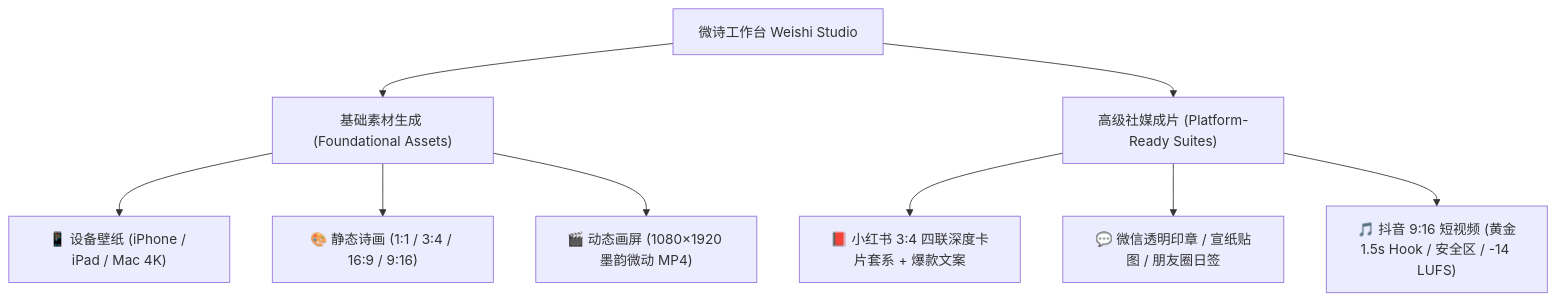
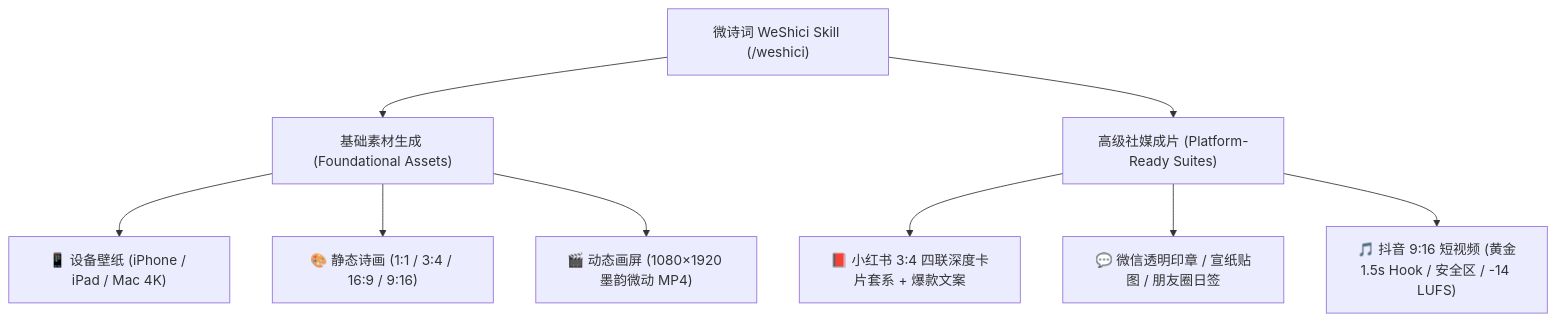
Before and after one commit to charsunny/weishi-studio: the diagram in README.md, drawn with Mermaid. The commit also changed other lines of this file and 4 other files, not shown here.

Commit message:
chore: rename repository and skill to weshici-skill (/weshici)

````diff
--- a/README.md
+++ b/README.md
@@ -17,13 +33,13 @@
 ```mermaid
 graph TD
-    A["微诗工作台 Weishi Studio"] --> B["基础素材生成 (Foundational Assets)"]
+    A["微诗词 WeShici Skill (/weshici)"] --> B["基础素材生成 (Foundational Assets)"]
     A --> C["高级社媒成片 (Platform-Ready Suites)"]
 
     B --> B1["📱 设备壁纸 (iPhone / iPad / Mac 4K)"]
     B --> B2["🎨 静态诗画 (1:1 / 3:4 / 16:9 / 9:16)"]
     B --> B3["🎬 动态画屏 (1080×1920 墨韵微动 MP4)"]
 
     C --> C1["📕 小红书 3:4 四联深度卡片套系 + 爆款文案"]
     C --> C2["💬 微信透明印章 / 宣纸贴图 / 朋友圈日签"]
     C --> C3["🎵 抖音 9:16 短视频 (黄金1.5s Hook / 安全区 / -14 LUFS)"]
 ```
````
